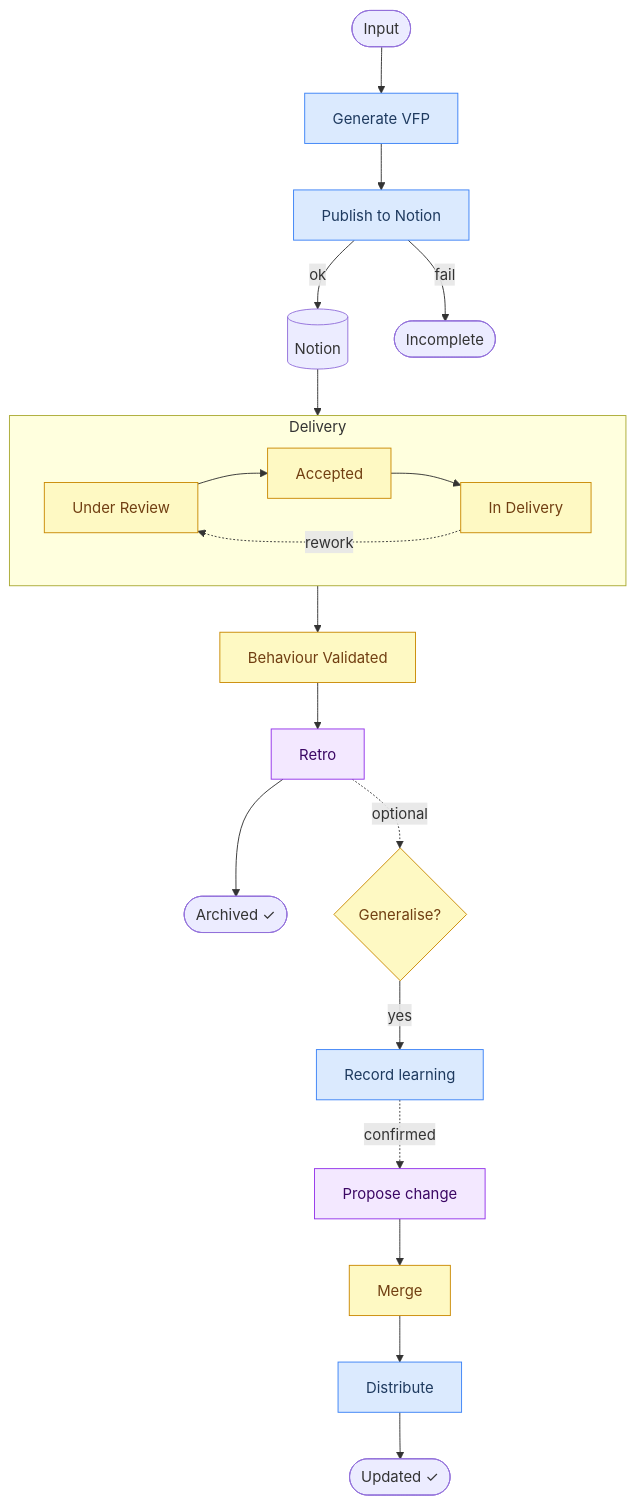
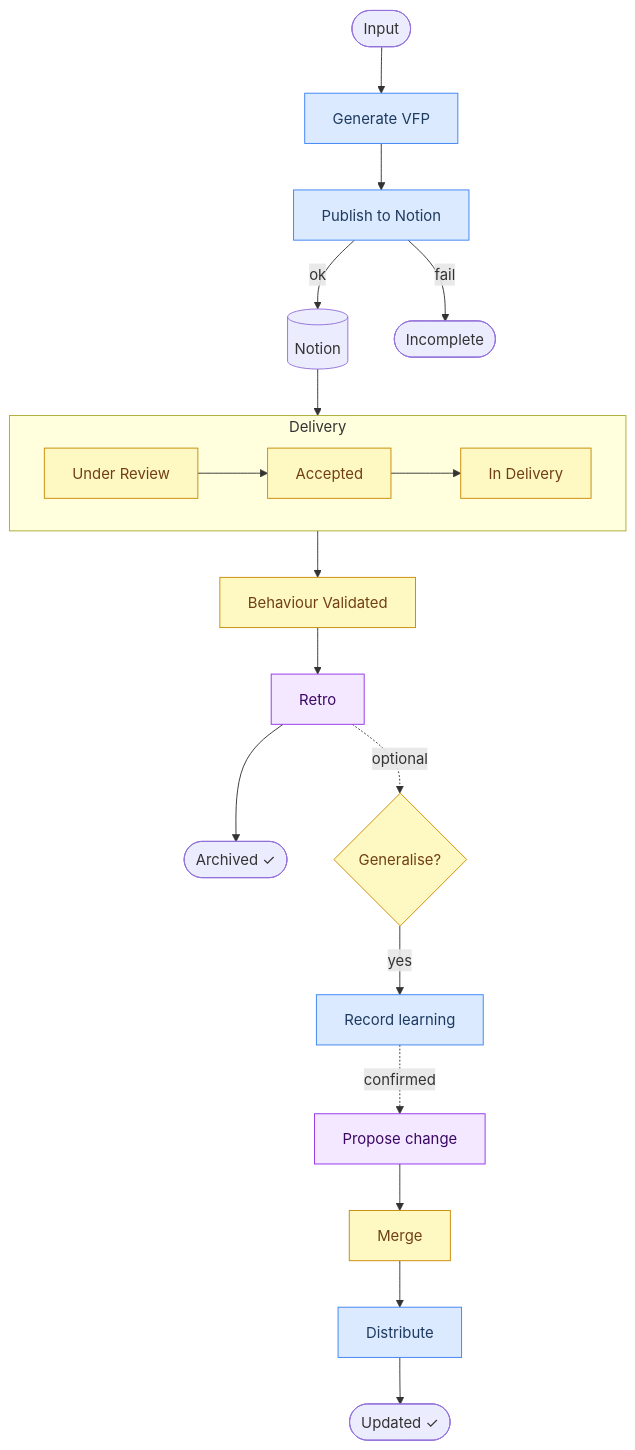
The diagram in README.md (jgleal/vfp-agent), drawn with Mermaid before and after one commit.

Commit message:
docs: remove rework arrow — not faithful to lifecycle

````diff
--- a/README.md
+++ b/README.md
@@ -11,29 +11,28 @@
 ```mermaid
 flowchart TD
     A([Input]) --> B[Generate VFP]:::agent
     B --> D[Publish to Notion]:::agent
     D -- ok --> E[(Notion)]
     D -- fail --> F([Incomplete])
     E --> G1
 
     subgraph del[Delivery]
         direction LR
         G1[Under Review]:::human --> G2[Accepted]:::human
         G2 --> G3[In Delivery]:::human
-        G3 -.->|rework| G1
     end
 
     G3 --> H[Behaviour Validated]:::human
     H --> I[Retro]:::collab
     I --> J([Archived ✓])
     I -.->|optional| K{Generalise?}:::human
     K -- yes --> M[Record learning]:::agent
     M -.->|confirmed| P[Propose change]:::collab
     P --> Q[Merge]:::human
     Q --> R[Distribute]:::agent
     R --> S([Updated ✓])
 
     classDef agent fill:#dbeafe,stroke:#3b82f6,color:#1e3a5f
     classDef human fill:#fef9c3,stroke:#ca8a04,color:#713f12
     classDef collab fill:#f3e8ff,stroke:#9333ea,color:#3b0764
 ```
````
